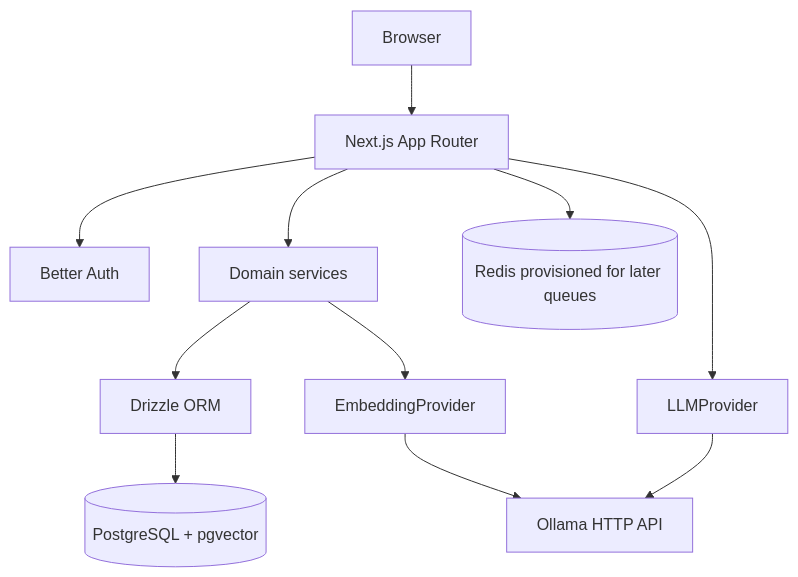
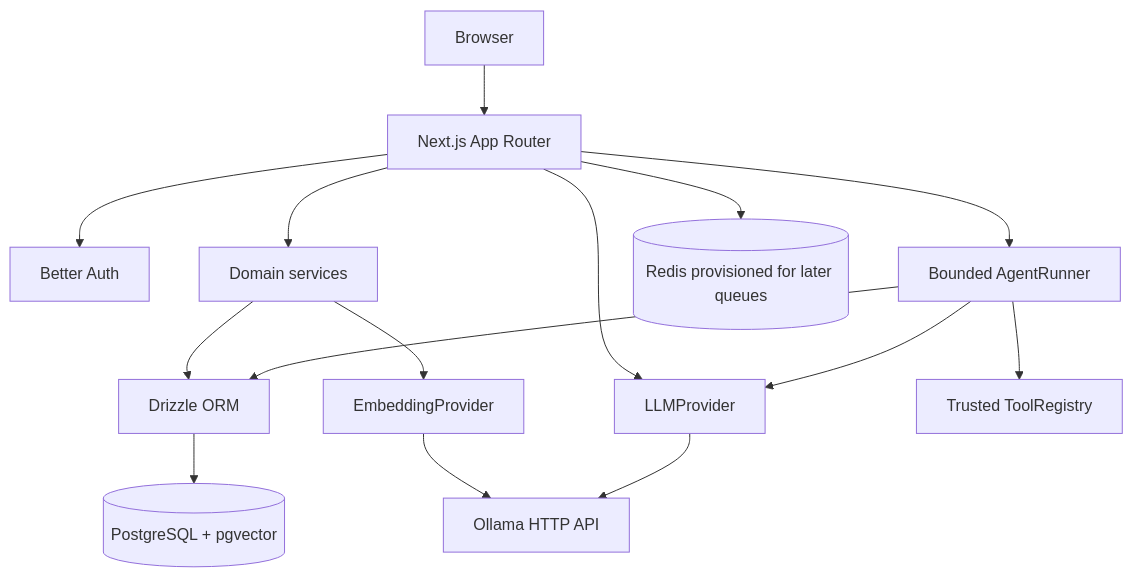
Before and after one commit to marchmalloww4/Flowyn: the diagram in ARCHITECTURE.md, drawn with Mermaid. The commit also changed other lines of this file and 44 other files, not shown here.

````diff
--- a/ARCHITECTURE.md
+++ b/ARCHITECTURE.md
@@ -7,13 +7,17 @@
 ```mermaid
 graph TD
   Browser[Browser] --> Next[Next.js App Router]
   Next --> Auth[Better Auth]
   Next --> Services[Domain services]
   Services --> DB[Drizzle ORM]
   DB --> Postgres[(PostgreSQL + pgvector)]
   Services --> Embed[EmbeddingProvider]
   Embed --> Ollama
   Next --> Provider[LLMProvider]
   Provider --> Ollama[Ollama HTTP API]
+  Next --> Runner[Bounded AgentRunner]
+  Runner --> Registry[Trusted ToolRegistry]
+  Runner --> Provider
+  Runner --> DB
   Next --> Redis[(Redis provisioned for later queues)]
 ```
````
